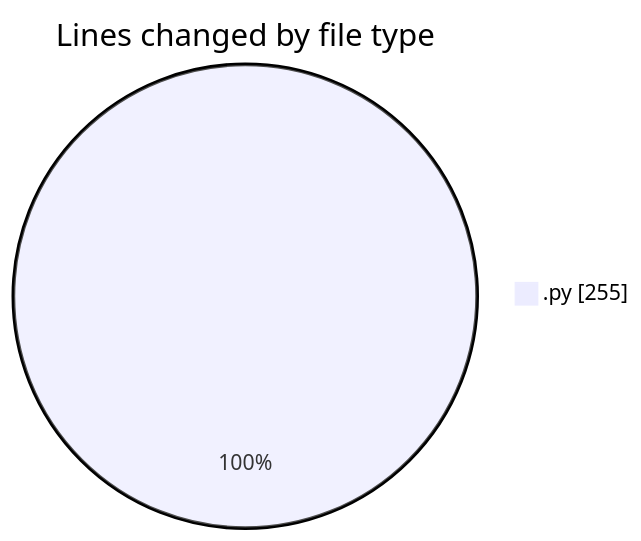
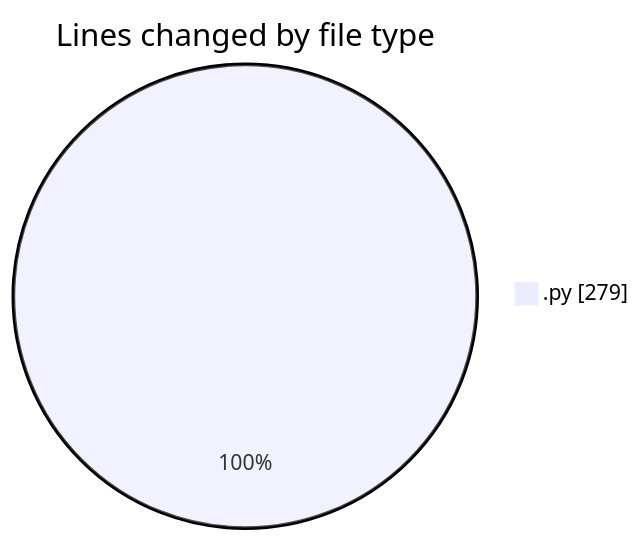
Before and after one commit to MatusMokan/code-tracking: the first of 2 diagrams in 2025-06-02/myws__workspace_/README.md, drawn with Mermaid. The commit also changed other lines of this file and 1 other file, not shown here.

````diff
--- a/2025-06-02/myws__workspace_/README.md
+++ b/2025-06-02/myws__workspace_/README.md
@@ -20,5 +20,5 @@
 ```mermaid
 pie showData
 title Lines changed by file type
-".py" : 255
+".py" : 279
 ```
````
